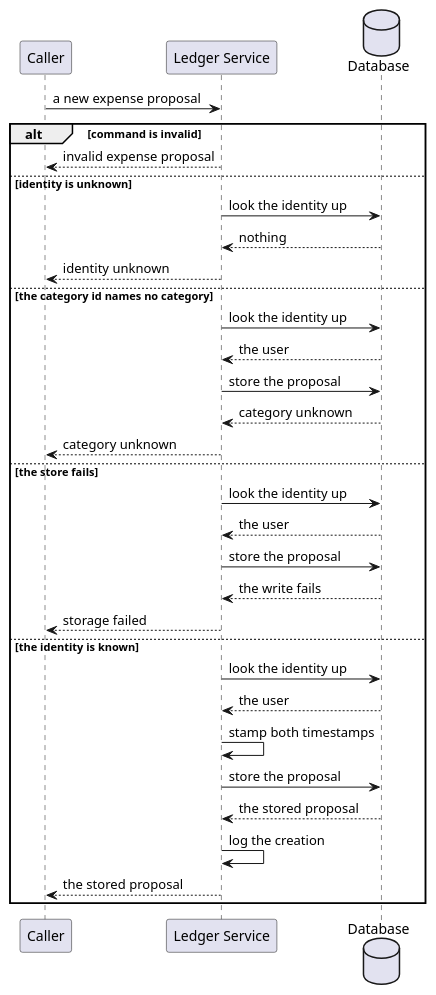
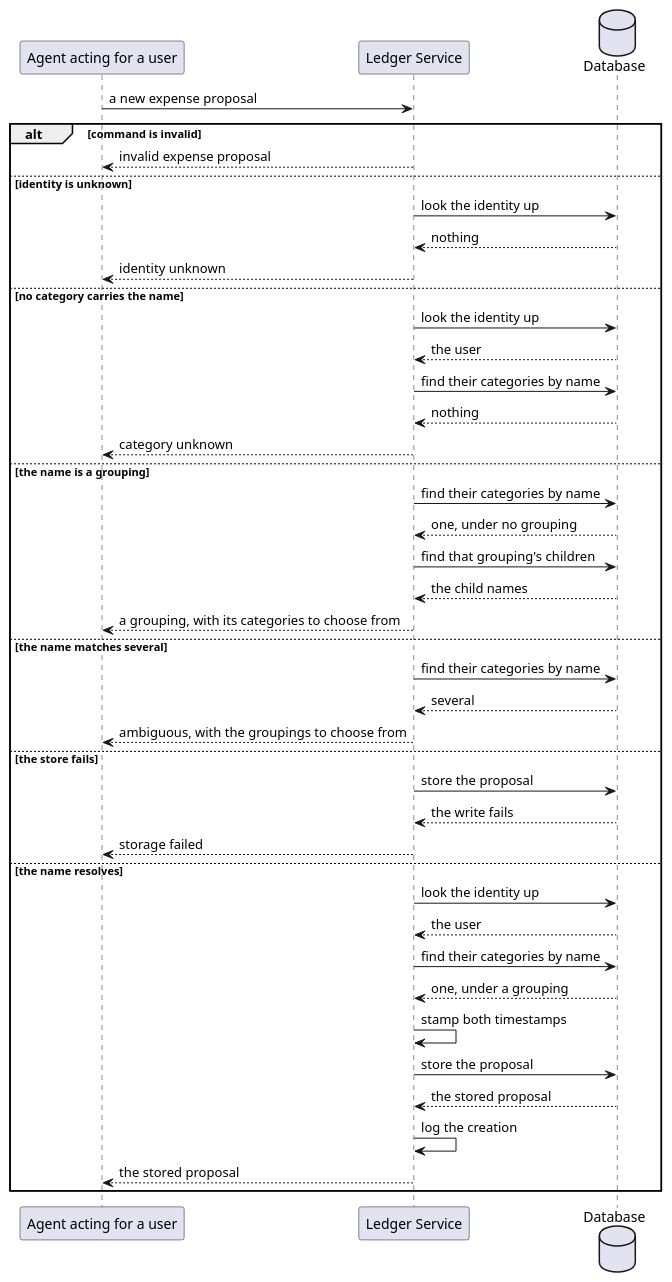
Before and after one commit to ds-usova/finance-bot: the second of 2 diagrams in ledger-service/docs/usecases/create-an-expense-proposal.md, drawn with PlantUML. The commit also changed other lines of this file and 6 other files, not shown here.

Commit message:
Documentation: record the MCP contract, the authenticated caller and the category-by-name rules

````diff
--- a/ledger-service/docs/usecases/create-an-expense-proposal.md
+++ b/ledger-service/docs/usecases/create-an-expense-proposal.md
@@ -77,37 +100,47 @@
 ```plantuml
 @startuml CreateExpenseProposal-Sequence
-participant "Caller" as Caller
+participant "Agent acting for a user" as Agent
 participant "Ledger Service" as LS
 database "Database" as DB
 
-Caller -> LS : a new expense proposal
+Agent -> LS : a new expense proposal
 
 alt command is invalid
-  LS --> Caller : invalid expense proposal
+  LS --> Agent : invalid expense proposal
 else identity is unknown
   LS -> DB : look the identity up
   DB --> LS : nothing
-  LS --> Caller : identity unknown
-else the category id names no category
+  LS --> Agent : identity unknown
+else no category carries the name
   LS -> DB : look the identity up
   DB --> LS : the user
+  LS -> DB : find their categories by name
+  DB --> LS : nothing
+  LS --> Agent : category unknown
+else the name is a grouping
+  LS -> DB : find their categories by name
+  DB --> LS : one, under no grouping
+  LS -> DB : find that grouping's children
+  DB --> LS : the child names
+  LS --> Agent : a grouping, with its categories to choose from
+else the name matches several
+  LS -> DB : find their categories by name
+  DB --> LS : several
+  LS --> Agent : ambiguous, with the groupings to choose from
+else the store fails
   LS -> DB : store the proposal
-  DB --> LS : category unknown
-  LS --> Caller : category unknown
-else the store fails
+  DB --> LS : the write fails
+  LS --> Agent : storage failed
+else the name resolves
   LS -> DB : look the identity up
   DB --> LS : the user
-  LS -> DB : store the proposal
-  DB --> LS : the write fails
-  LS --> Caller : storage failed
-else the identity is known
-  LS -> DB : look the identity up
-  DB --> LS : the user
+  LS -> DB : find their categories by name
+  DB --> LS : one, under a grouping
   LS -> LS : stamp both timestamps
   LS -> DB : store the proposal
   DB --> LS : the stored proposal
   LS -> LS : log the creation
-  LS --> Caller : the stored proposal
+  LS --> Agent : the stored proposal
 end
 @enduml
 ```
````
